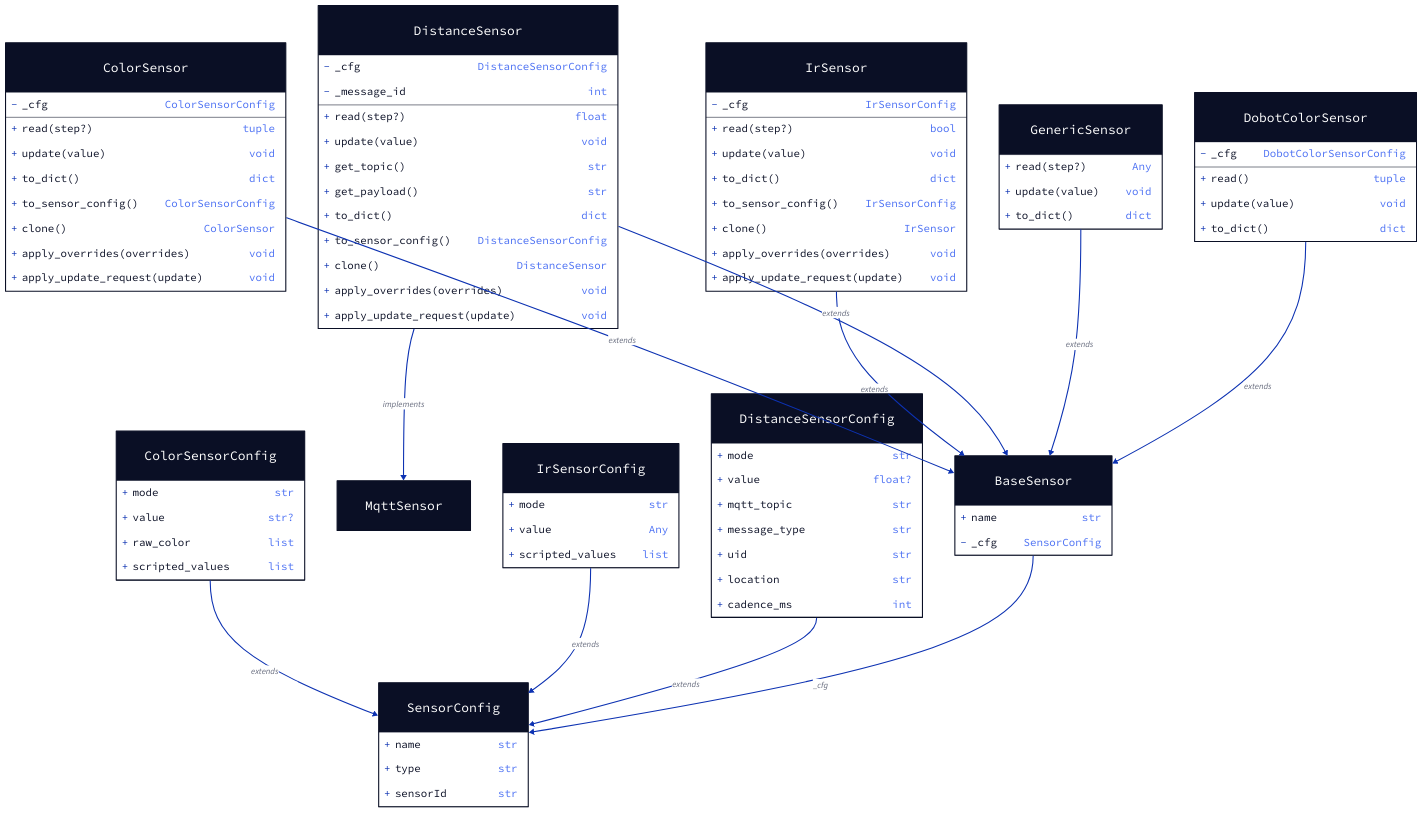
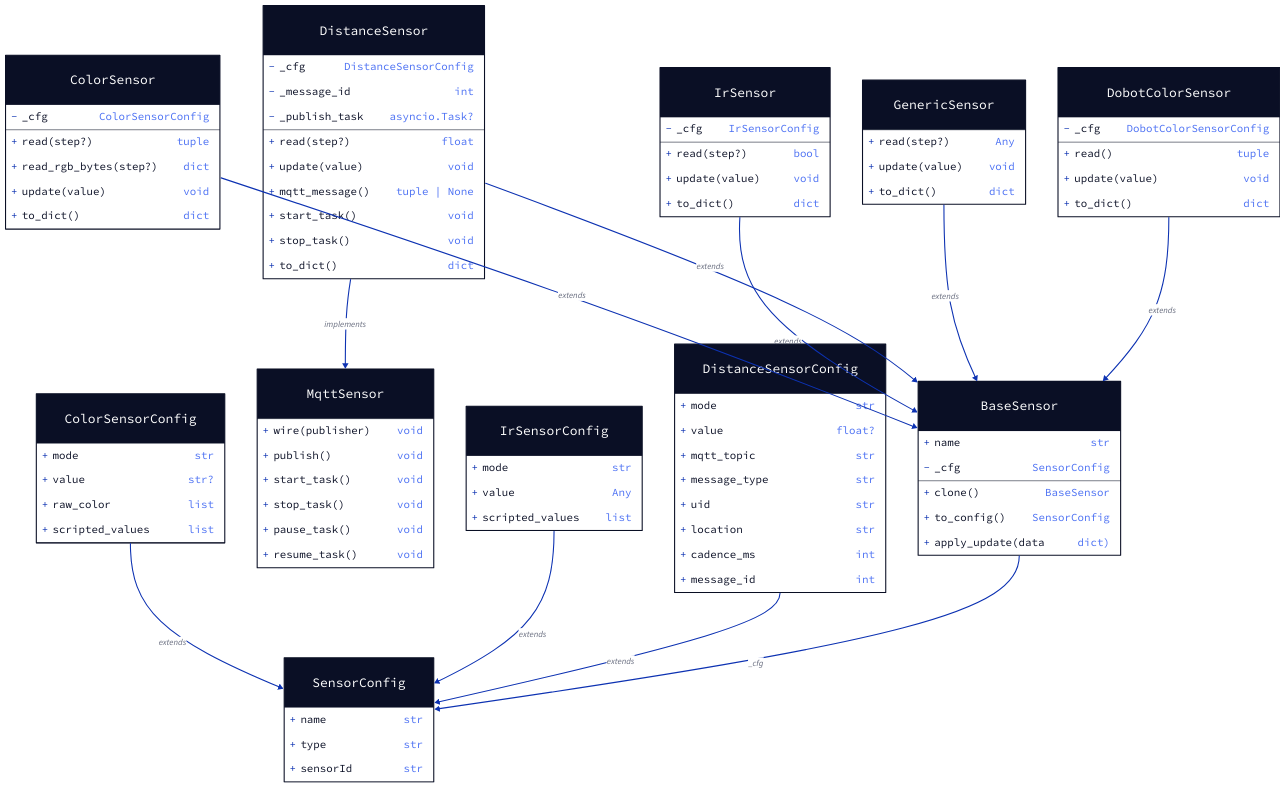
The diagram in services/simulated-factory/simulated_factory/diagrams/04-sensor-class.d2 (ielpo/edpo-project-group1), drawn with D2 before and after one commit. The commit also changed 19 other files, not shown here.

```diff
--- a/services/simulated-factory/simulated_factory/diagrams/04-sensor-class.d2
+++ b/services/simulated-factory/simulated_factory/diagrams/04-sensor-class.d2
@@ -1,123 +1,120 @@
 # Sensor plugin hierarchy and config classes.
-# Note: sensors/sensor_loader.py (load_sensor function) exists in the tree but is
-# NOT called by the running system — ResourceManager._make_plugin handles dynamic
-# loading directly via importlib. Omitted from the diagram to reflect live state.
 # Render: d2 04-sensor-class.d2 sensor-class.svg
 
 BaseSensor: {
   shape: class
   # abstract
   +name: str
   -_cfg: SensorConfig
-  +read()*: Any
+  +read(step?)*: Any
   +update(value)*
   +to_dict()*: dict
+  +clone(): BaseSensor
+  +to_config(): SensorConfig
+  +apply_update(data: dict)
 }
 
 MqttSensor: {
   shape: class
   # abstract mix-in
-  +get_topic()*: str
-  +get_payload()*: str
+  +mqtt_message()*: tuple | None
+  +wire(publisher)
+  +publish()
+  +start_task()
+  +stop_task()
+  +pause_task()
+  +resume_task()
 }
 
 ColorSensor: {
   shape: class
   -_cfg: ColorSensorConfig
   +read(step?): tuple
+  +read_rgb_bytes(step?): dict
   +update(value)
   +to_dict(): dict
-  +to_sensor_config(): ColorSensorConfig
-  +clone(): ColorSensor
-  +apply_overrides(overrides)
-  +apply_update_request(update)
 }
 
 IrSensor: {
   shape: class
   -_cfg: IrSensorConfig
   +read(step?): bool
   +update(value)
   +to_dict(): dict
-  +to_sensor_config(): IrSensorConfig
-  +clone(): IrSensor
-  +apply_overrides(overrides)
-  +apply_update_request(update)
 }
 
 DistanceSensor: {
   shape: class
   -_cfg: DistanceSensorConfig
   -_message_id: int
+  -_publish_task: asyncio.Task?
   +read(step?): float
   +update(value)
-  +get_topic(): str
-  +get_payload(): str
+  +mqtt_message(): tuple | None
+  +start_task()
+  +stop_task()
   +to_dict(): dict
-  +to_sensor_config(): DistanceSensorConfig
-  +clone(): DistanceSensor
-  +apply_overrides(overrides)
-  +apply_update_request(update)
 }
 
 GenericSensor: {
   shape: class
   +read(step?): Any
   +update(value)
   +to_dict(): dict
 }
 
 DobotColorSensor: {
   shape: class
   -_cfg: DobotColorSensorConfig
   +read(): tuple
   +update(value)
   +to_dict(): dict
 }
 
 SensorConfig: {
   shape: class
   +name: str
   +type: str
   +sensorId: str
 }
 
 ColorSensorConfig: {
   shape: class
   +mode: str
   +value: str?
   +raw_color: list
   +scripted_values: list
 }
 
 IrSensorConfig: {
   shape: class
   +mode: str
   +value: Any
   +scripted_values: list
 }
 
 DistanceSensorConfig: {
   shape: class
   +mode: str
   +value: float?
   +mqtt_topic: str
   +message_type: str
   +uid: str
   +location: str
   +cadence_ms: int
+  +message_id: int
 }
 
-# Inheritance (child -> parent label = "extends")
+# Inheritance
 ColorSensor      -> BaseSensor: "extends"
 IrSensor         -> BaseSensor: "extends"
 DistanceSensor   -> BaseSensor: "extends"
 GenericSensor    -> BaseSensor: "extends"
 DobotColorSensor -> BaseSensor: "extends"
 DistanceSensor   -> MqttSensor: "implements"
 
 ColorSensorConfig    -> SensorConfig: "extends"
 IrSensorConfig       -> SensorConfig: "extends"
 DistanceSensorConfig -> SensorConfig: "extends"
 
 BaseSensor -> SensorConfig: "_cfg"
```
